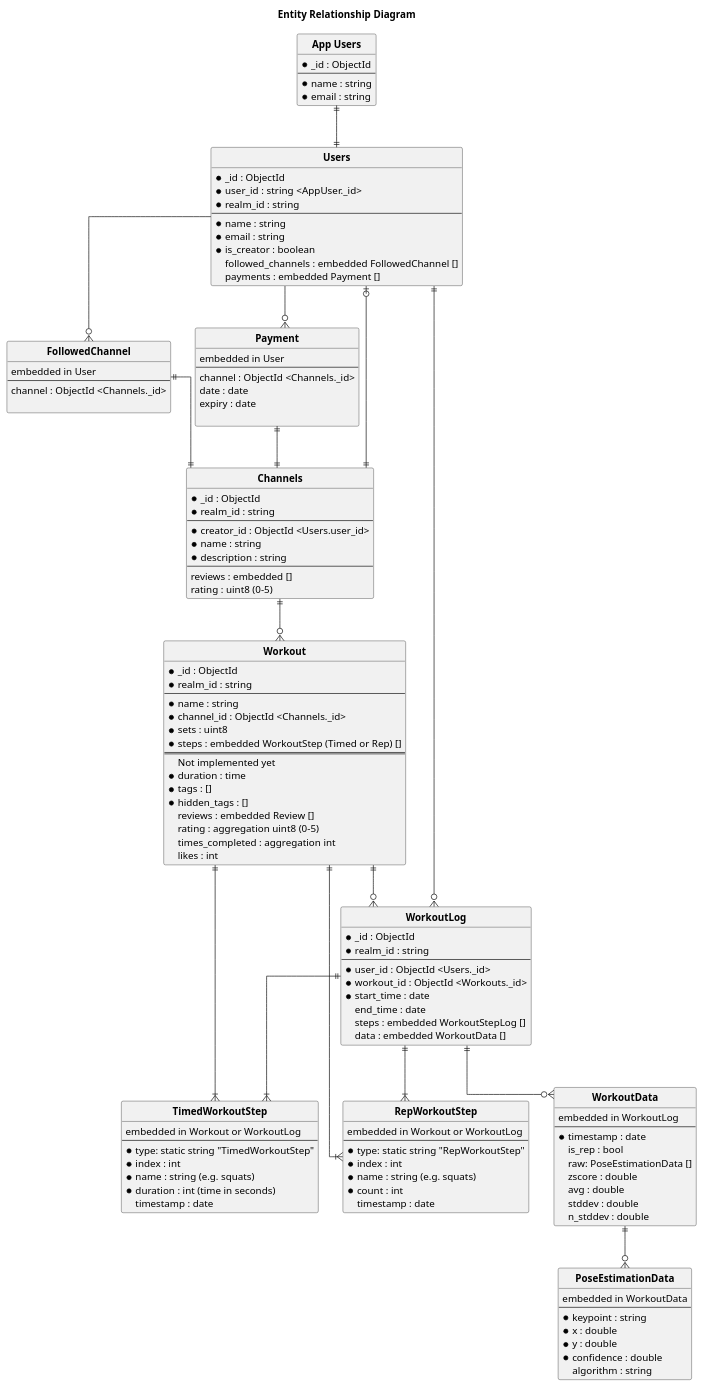
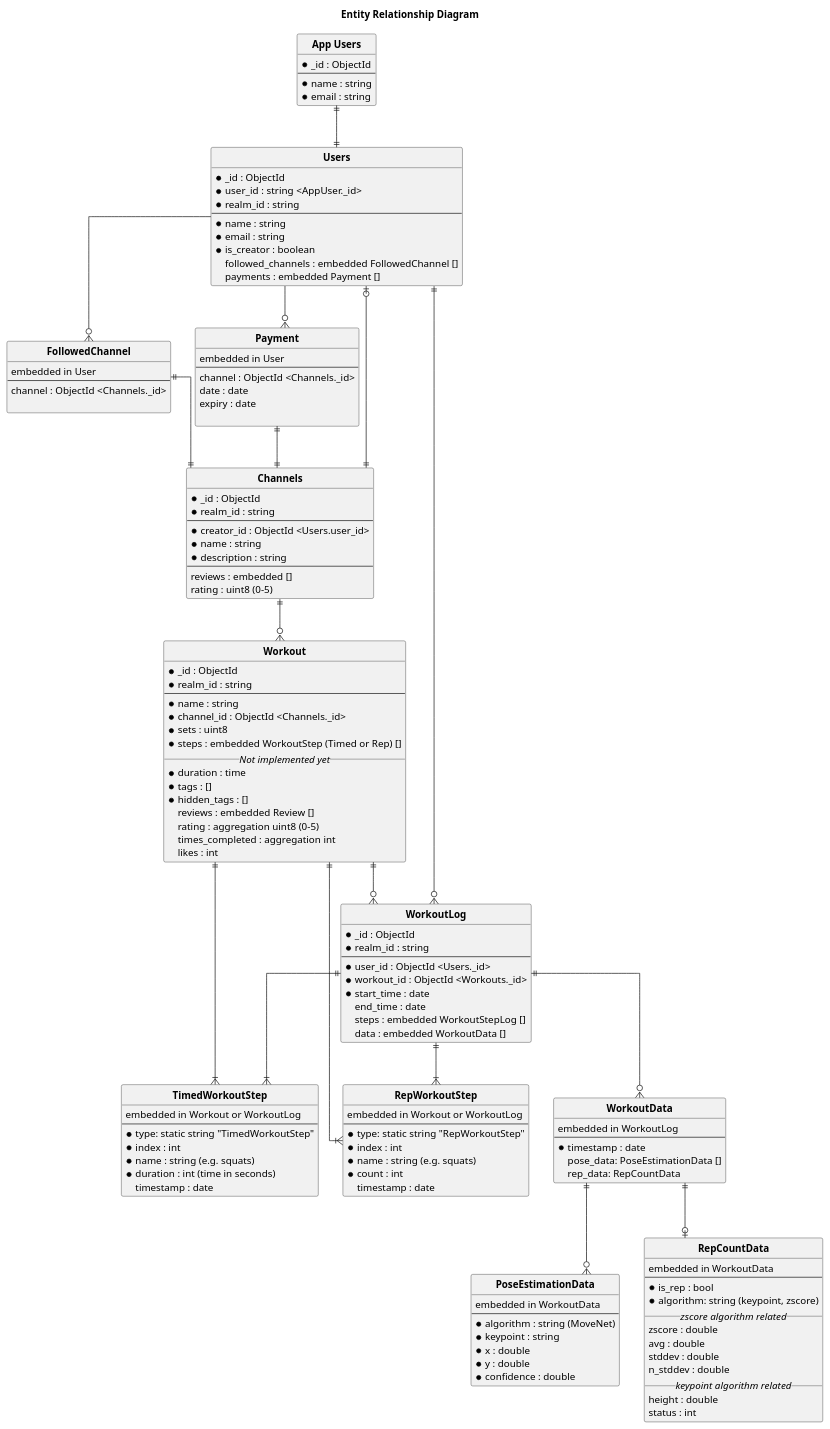
Before and after one commit to wongway/tmp-form-app: the diagram in docs/diagrams/src/data_schema.puml, drawn with PlantUML. The commit also changed 6 other files, not shown here.

Commit message:
Added addWorkoutData provider

```diff
--- a/docs/diagrams/src/data_schema.puml
+++ b/docs/diagrams/src/data_schema.puml
@@ -1,152 +1,163 @@
 @startuml data_schema
 
 title Entity Relationship Diagram
 ' Follows the standards in: https://plantuml.com/ie-diagram
 
 hide circle
 skinparam linetype ortho
 
 entity "**App Users**" as AppUser {
     * _id : ObjectId
     ---
     * name : string
     * email : string
 }
 
 entity "**Users**" as User {
     * _id : ObjectId
     * user_id : string <AppUser._id>
     * realm_id : string
     ---
     * name : string
     * email : string
     * is_creator : boolean
     followed_channels : embedded FollowedChannel []
     payments : embedded Payment []
 }
 
 entity "**FollowedChannel**" as FollowedChannel {
     embedded in User
     ---
     channel : ObjectId <Channels._id>
 
 }
 
 entity "**Payment**" as Payment {
     embedded in User
     ---
     channel : ObjectId <Channels._id>
     date : date
     expiry : date
 
 }
 
 entity "**Channels**" as Channel {
     * _id : ObjectId
     ' * channel_id : string
     * realm_id : string
     ---
     * creator_id : ObjectId <Users.user_id>
     * name : string
     * description : string
     ---
     reviews : embedded []
     rating : uint8 (0-5)
 }
 
 entity "**Workout**" as Workout {
     * _id : ObjectId
     * realm_id : string
     ---
     * name : string
     * channel_id : ObjectId <Channels._id>
     * sets : uint8
     * steps : embedded WorkoutStep (Timed or Rep) []
-    ===
-    Not implemented yet
+    __//Not implemented yet//__
     * duration : time
     * tags : []
     * hidden_tags : []
     reviews : embedded Review []
     rating : aggregation uint8 (0-5)
     times_completed : aggregation int
     likes : int
 }
 
 ' TODO: Probably want some sort of enum for type
 entity "**RepWorkoutStep**" as RepWorkoutStep {
     embedded in Workout or WorkoutLog
     ---
     * type: static string "RepWorkoutStep"
     * index : int
     * name : string (e.g. squats)
     * count : int
     timestamp : date
 }
 
 entity "**TimedWorkoutStep**" as TimedWorkoutStep {
     embedded in Workout or WorkoutLog
     ---
     * type: static string "TimedWorkoutStep"
     * index : int
     * name : string (e.g. squats)
     * duration : int (time in seconds)
     timestamp : date
 }
 
 entity "**WorkoutLog**" as WorkoutLog {
     * _id : ObjectId
     * realm_id : string
     ---
     * user_id : ObjectId <Users._id>
     * workout_id : ObjectId <Workouts._id>
     * start_time : date
     end_time : date
     steps : embedded WorkoutStepLog []
     data : embedded WorkoutData []
 }
 
 entity "**WorkoutData**" as WorkoutData {
     embedded in WorkoutLog
     ---
     * timestamp : date
-    is_rep : bool
-    raw: PoseEstimationData []
-    zscore : double
-    avg : double
-    stddev : double
-    n_stddev : double
+    pose_data: PoseEstimationData []
+    rep_data: RepCountData
 }
 
 entity "**PoseEstimationData**" as PoseEstimationData {
     embedded in WorkoutData
     ---
+    * algorithm : string (MoveNet)
     * keypoint : string 
     * x : double
     * y : double
     * confidence : double
-    algorithm : string
+}
+
+entity "**RepCountData**" as RepCountData {
+    embedded in WorkoutData
+    ---
+    * is_rep : bool
+    * algorithm: string (keypoint, zscore)
+    __//zscore algorithm related//__
+    zscore : double
+    avg : double
+    stddev : double
+    n_stddev : double
+    __//keypoint algorithm related//__
+    height : double
+    status : int
 }
 
 AppUser ||--|| User
 
 Workout ||--|{ TimedWorkoutStep
 Workout ||--|{ RepWorkoutStep
 Workout ||--o{ WorkoutLog
 
 WorkoutLog ||--|{ TimedWorkoutStep
 WorkoutLog ||--|{ RepWorkoutStep
 
 User ||--o{ WorkoutLog
 User --o{ FollowedChannel
 User --o{ Payment
 
 FollowedChannel ||--|| Channel
 Payment ||--|| Channel
 
 Channel ||--o| User
 Channel ||--o{ Workout
 WorkoutLog ||--o{ WorkoutData
 WorkoutData ||--o{ PoseEstimationData
+WorkoutData ||--o| RepCountData
 
 @enduml
```
